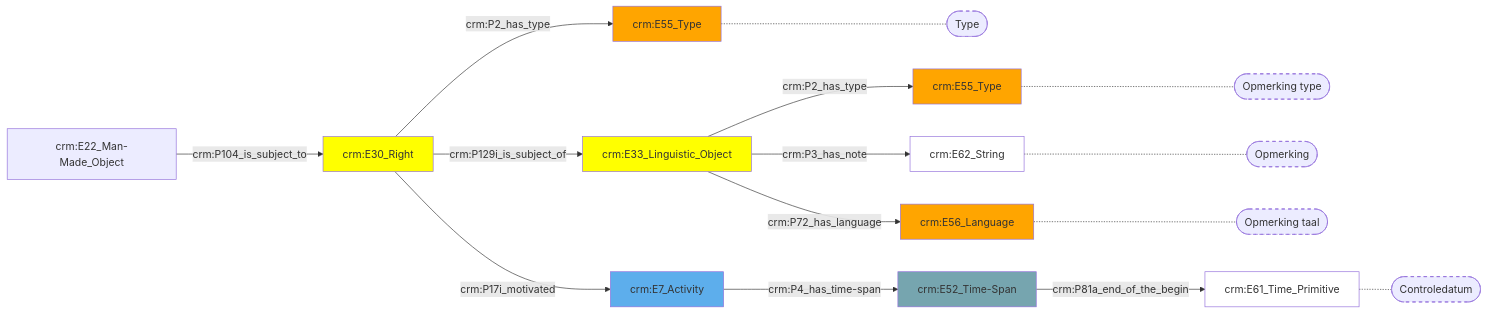
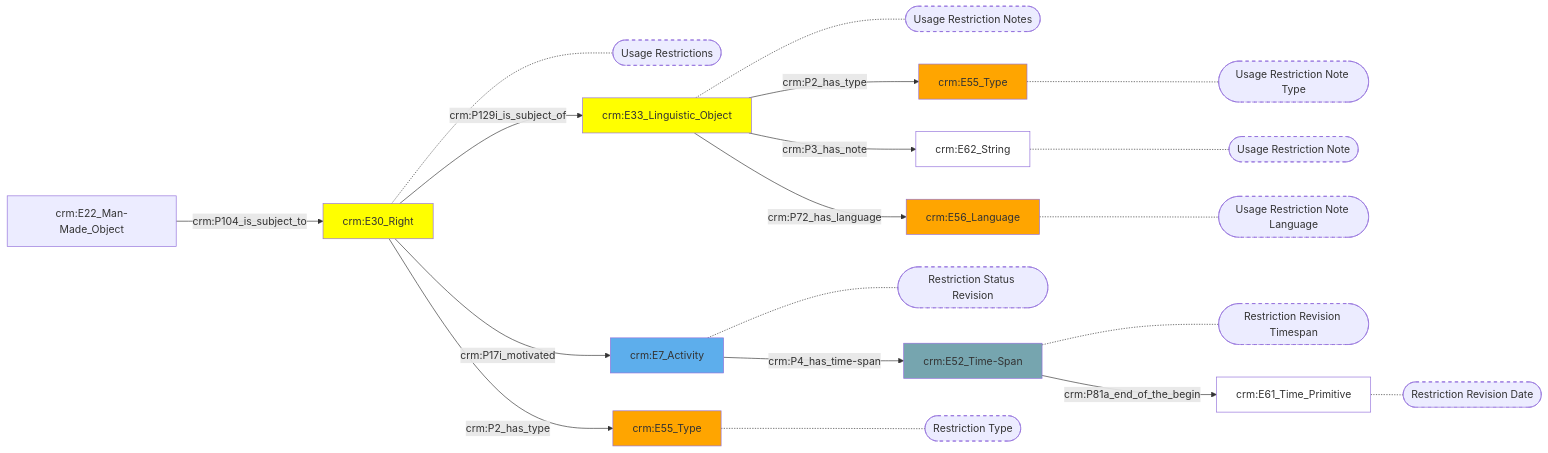
One commit to digipolisantwerpdocumentation/antwerp-cultureel-erfgoed changed the diagram in docs/content/modellen/ArchiefItemMaterieel/Rechten.md. Above: the diagram before and after it, drawn with Mermaid. The commit also changed 167 other files, not shown here.

````diff
--- a/docs/content/modellen/ArchiefItemMaterieel/Rechten.md
+++ b/docs/content/modellen/ArchiefItemMaterieel/Rechten.md
@@ -1,31 +1,39 @@
 ```mermaid
 graph LR
-d1ddd54c-a5fe-11ec-b19f-9cf387da2c40["crm:E55_Type"]-.-d1ddd54c-a5fe-11ec-b19f-9cf387da2c40_s(["Type"])
-d1de0d5a-a5fe-11ec-b19f-9cf387da2c40["crm:E55_Type"]-.-d1de0d5a-a5fe-11ec-b19f-9cf387da2c40_s(["Opmerking type"])
-d1de0e04-a5fe-11ec-b19f-9cf387da2c40["crm:E62_String"]-.-d1de0e04-a5fe-11ec-b19f-9cf387da2c40_s(["Opmerking"])
-d1de0eae-a5fe-11ec-b19f-9cf387da2c40["crm:E56_Language"]-.-d1de0eae-a5fe-11ec-b19f-9cf387da2c40_s(["Opmerking taal"])
-d1de0bfc-a5fe-11ec-b19f-9cf387da2c40["crm:E61_Time_Primitive"]-.-d1de0bfc-a5fe-11ec-b19f-9cf387da2c40_s(["Controledatum"])
-style d1ddd54c-a5fe-11ec-b19f-9cf387da2c40_s stroke-dasharray: 5
-style d1de0d5a-a5fe-11ec-b19f-9cf387da2c40_s stroke-dasharray: 5
-style d1de0e04-a5fe-11ec-b19f-9cf387da2c40_s stroke-dasharray: 5
-style d1de0eae-a5fe-11ec-b19f-9cf387da2c40_s stroke-dasharray: 5
-style d1de0bfc-a5fe-11ec-b19f-9cf387da2c40_s stroke-dasharray: 5
+d1de0cba-a5fe-11ec-b19f-9cf387da2c40["crm:E33_Linguistic_Object"]-.-d1de0cba-a5fe-11ec-b19f-9cf387da2c40_s(["Usage Restriction Notes"])
+d1dd9e2e-a5fe-11ec-b19f-9cf387da2c40["crm:E7_Activity"]-.-d1dd9e2e-a5fe-11ec-b19f-9cf387da2c40_s(["Restriction Status Revision"])
+d1ddd54c-a5fe-11ec-b19f-9cf387da2c40["crm:E55_Type"]-.-d1ddd54c-a5fe-11ec-b19f-9cf387da2c40_s(["Restriction Type"])
+d1dc50fa-a5fe-11ec-b19f-9cf387da2c40["crm:E30_Right"]-.-d1dc50fa-a5fe-11ec-b19f-9cf387da2c40_s(["Usage Restrictions"])
+d1de1386-a5fe-11ec-b19f-9cf387da2c40["crm:E52_Time-Span"]-.-d1de1386-a5fe-11ec-b19f-9cf387da2c40_s(["Restriction Revision Timespan"])
+d1de0d5a-a5fe-11ec-b19f-9cf387da2c40["crm:E55_Type"]-.-d1de0d5a-a5fe-11ec-b19f-9cf387da2c40_s(["Usage Restriction Note Type"])
+d1de0e04-a5fe-11ec-b19f-9cf387da2c40["crm:E62_String"]-.-d1de0e04-a5fe-11ec-b19f-9cf387da2c40_s(["Usage Restriction Note"])
+d1de0eae-a5fe-11ec-b19f-9cf387da2c40["crm:E56_Language"]-.-d1de0eae-a5fe-11ec-b19f-9cf387da2c40_s(["Usage Restriction Note Language"])
+d1de0bfc-a5fe-11ec-b19f-9cf387da2c40["crm:E61_Time_Primitive"]-.-d1de0bfc-a5fe-11ec-b19f-9cf387da2c40_s(["Restriction Revision Date"])
 d1dc50fa-a5fe-11ec-b19f-9cf387da2c40["crm:E30_Right"]-->|"crm:P129i_is_subject_of"|d1de0cba-a5fe-11ec-b19f-9cf387da2c40["crm:E33_Linguistic_Object"]
 d1dc50fa-a5fe-11ec-b19f-9cf387da2c40["crm:E30_Right"]-->|"crm:P17i_motivated"|d1dd9e2e-a5fe-11ec-b19f-9cf387da2c40["crm:E7_Activity"]
 d1dc50fa-a5fe-11ec-b19f-9cf387da2c40["crm:E30_Right"]-->|"crm:P2_has_type"|d1ddd54c-a5fe-11ec-b19f-9cf387da2c40["crm:E55_Type"]
 d1dd96e0-a5fe-11ec-b19f-9cf387da2c40["crm:E22_Man-Made_Object"]-->|"crm:P104_is_subject_to"|d1dc50fa-a5fe-11ec-b19f-9cf387da2c40["crm:E30_Right"]
 d1dd9e2e-a5fe-11ec-b19f-9cf387da2c40["crm:E7_Activity"]-->|"crm:P4_has_time-span"|d1de1386-a5fe-11ec-b19f-9cf387da2c40["crm:E52_Time-Span"]
 d1de0cba-a5fe-11ec-b19f-9cf387da2c40["crm:E33_Linguistic_Object"]-->|"crm:P2_has_type"|d1de0d5a-a5fe-11ec-b19f-9cf387da2c40["crm:E55_Type"]
 d1de0cba-a5fe-11ec-b19f-9cf387da2c40["crm:E33_Linguistic_Object"]-->|"crm:P3_has_note"|d1de0e04-a5fe-11ec-b19f-9cf387da2c40["crm:E62_String"]
 d1de0cba-a5fe-11ec-b19f-9cf387da2c40["crm:E33_Linguistic_Object"]-->|"crm:P72_has_language"|d1de0eae-a5fe-11ec-b19f-9cf387da2c40["crm:E56_Language"]
 d1de1386-a5fe-11ec-b19f-9cf387da2c40["crm:E52_Time-Span"]-->|"crm:P81a_end_of_the_begin"|d1de0bfc-a5fe-11ec-b19f-9cf387da2c40["crm:E61_Time_Primitive"]
 style d1dc50fa-a5fe-11ec-b19f-9cf387da2c40 fill:#ffff00
 style d1dd9e2e-a5fe-11ec-b19f-9cf387da2c40 fill:#5DAEEC
 style d1ddd54c-a5fe-11ec-b19f-9cf387da2c40 fill:#ffa500
 style d1de0bfc-a5fe-11ec-b19f-9cf387da2c40 fill:#ffffff
 style d1de0cba-a5fe-11ec-b19f-9cf387da2c40 fill:#ffff00
 style d1de0d5a-a5fe-11ec-b19f-9cf387da2c40 fill:#ffa500
 style d1de0e04-a5fe-11ec-b19f-9cf387da2c40 fill:#ffffff
 style d1de0eae-a5fe-11ec-b19f-9cf387da2c40 fill:#ffa500
 style d1de1386-a5fe-11ec-b19f-9cf387da2c40 fill:#76A5AF
+style d1de0cba-a5fe-11ec-b19f-9cf387da2c40_s stroke-dasharray: 5
+style d1dd9e2e-a5fe-11ec-b19f-9cf387da2c40_s stroke-dasharray: 5
+style d1ddd54c-a5fe-11ec-b19f-9cf387da2c40_s stroke-dasharray: 5
+style d1dc50fa-a5fe-11ec-b19f-9cf387da2c40_s stroke-dasharray: 5
+style d1de1386-a5fe-11ec-b19f-9cf387da2c40_s stroke-dasharray: 5
+style d1de0d5a-a5fe-11ec-b19f-9cf387da2c40_s stroke-dasharray: 5
+style d1de0e04-a5fe-11ec-b19f-9cf387da2c40_s stroke-dasharray: 5
+style d1de0eae-a5fe-11ec-b19f-9cf387da2c40_s stroke-dasharray: 5
+style d1de0bfc-a5fe-11ec-b19f-9cf387da2c40_s stroke-dasharray: 5
 ```
````
